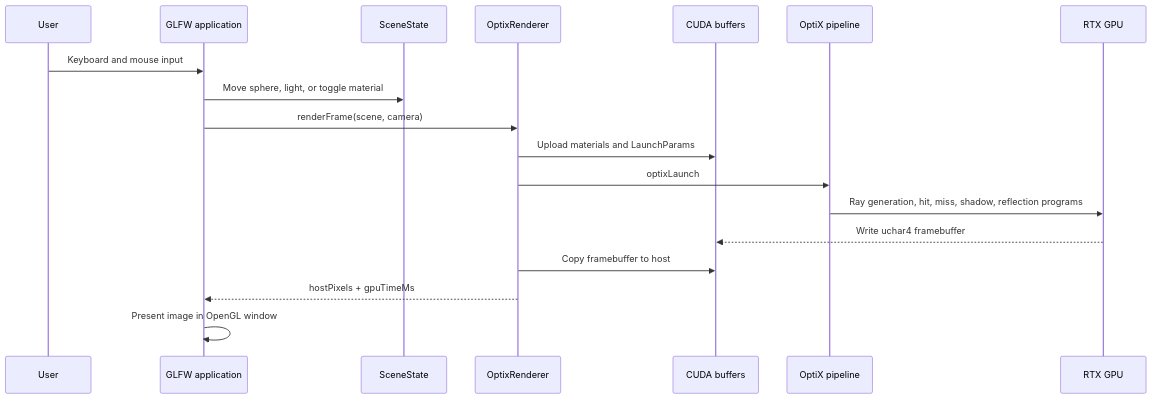
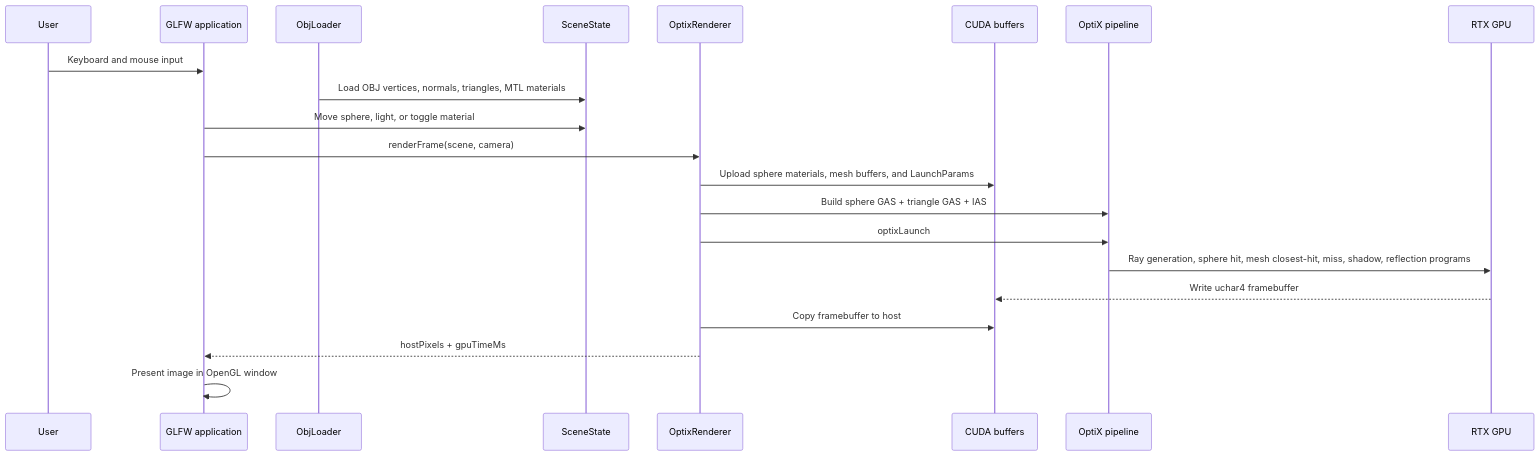
Before and after one commit to Tundraws/RayTracer: the second of 4 diagrams in RayTracerRTX/docs/architecture.md, drawn with Mermaid. The commit also changed other lines of this file and 6 other files, not shown here.

Commit message:
docs: describe obj mesh rendering pipeline

````diff
--- a/RayTracerRTX/docs/architecture.md
+++ b/RayTracerRTX/docs/architecture.md
@@ -27,21 +32,24 @@
 ```mermaid
 sequenceDiagram
     participant User
     participant App as GLFW application
+    participant ObjLoader as ObjLoader
     participant Scene as SceneState
     participant Renderer as OptixRenderer
     participant CUDA as CUDA buffers
     participant OptiX as OptiX pipeline
     participant GPU as RTX GPU
 
     User->>App: Keyboard and mouse input
+    ObjLoader->>Scene: Load OBJ vertices, normals, triangles, MTL materials
     App->>Scene: Move sphere, light, or toggle material
     App->>Renderer: renderFrame(scene, camera)
-    Renderer->>CUDA: Upload materials and LaunchParams
+    Renderer->>CUDA: Upload sphere materials, mesh buffers, and LaunchParams
+    Renderer->>OptiX: Build sphere GAS + triangle GAS + IAS
     Renderer->>OptiX: optixLaunch
-    OptiX->>GPU: Ray generation, hit, miss, shadow, reflection programs
+    OptiX->>GPU: Ray generation, sphere hit, mesh closest-hit, miss, shadow, reflection programs
     GPU-->>CUDA: Write uchar4 framebuffer
     Renderer->>CUDA: Copy framebuffer to host
     Renderer-->>App: hostPixels + gpuTimeMs
     App->>App: Present image in OpenGL window
 ```
````
